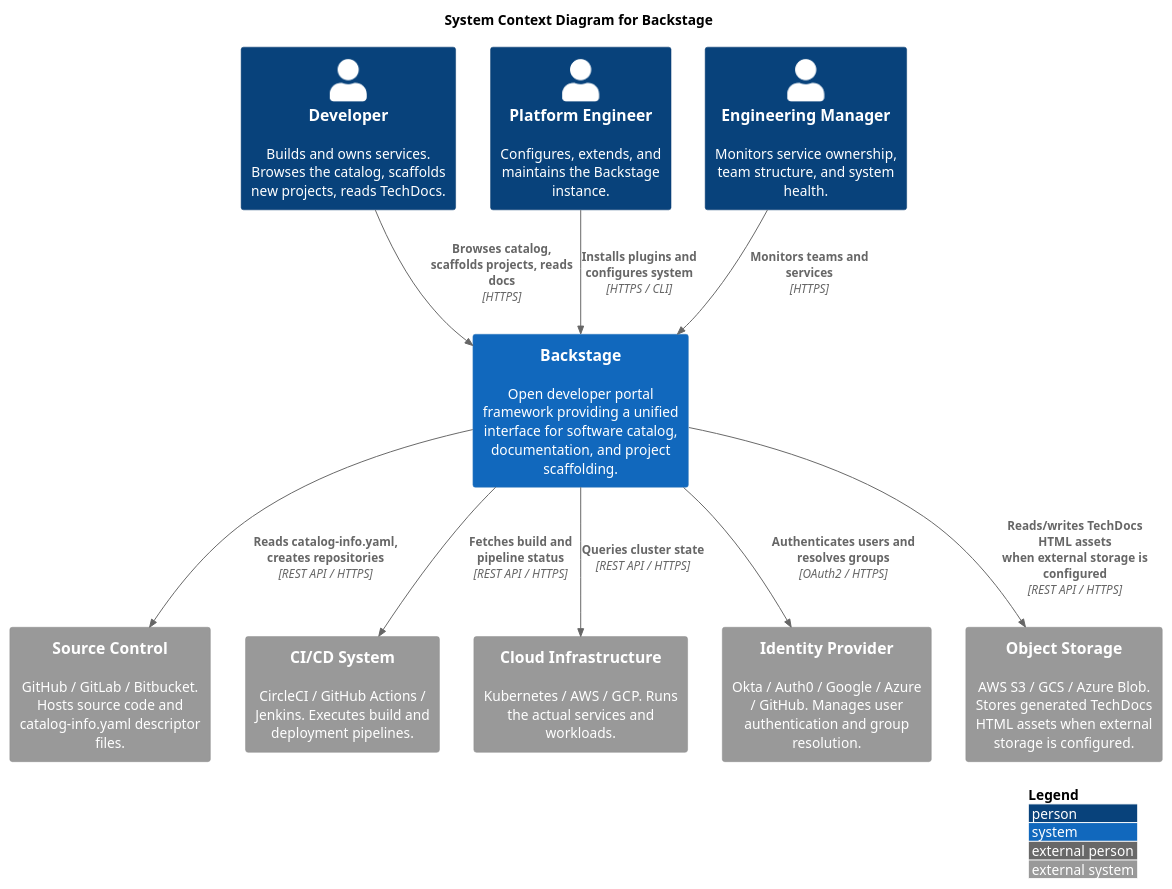
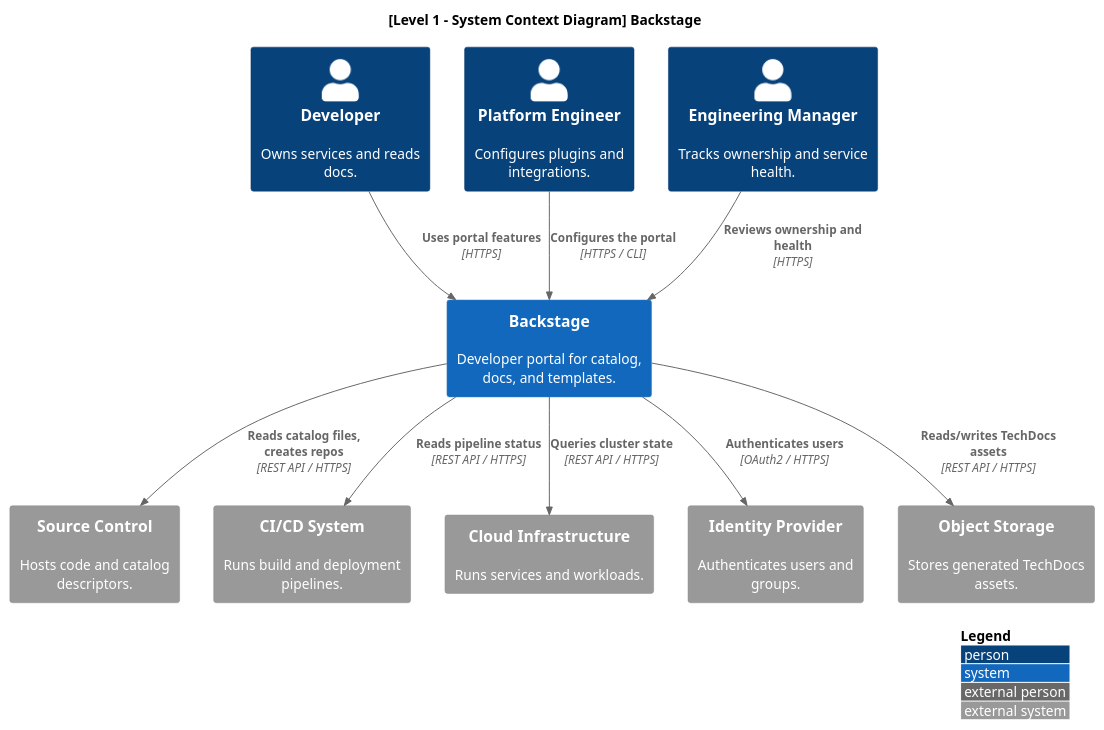
One commit to Group06-SwDA/Project changed the diagram in notes/architecture/diagrams/context-diagram.puml. Above: the diagram before and after it, drawn with PlantUML. The commit also changed 12 other files, not shown here.

Commit message:
feat: updated diagrams

```diff
--- a/notes/architecture/diagrams/context-diagram.puml
+++ b/notes/architecture/diagrams/context-diagram.puml
@@ -1,27 +1,27 @@
 @startuml
 !include <c4/C4_Context.puml>
 LAYOUT_WITH_LEGEND()
-title System Context Diagram for Backstage
+title [Level 1 - System Context Diagram] Backstage
 
-Person(developer, "Developer", "Builds and owns services. Browses the catalog, scaffolds new projects, reads TechDocs.")
-Person(platform_eng, "Platform Engineer", "Configures, extends, and maintains the Backstage instance.")
-Person(eng_manager, "Engineering Manager", "Monitors service ownership, team structure, and system health.")
+Person(developer, "Developer", "Owns services and reads docs.")
+Person(platform_eng, "Platform Engineer", "Configures plugins and integrations.")
+Person(eng_manager, "Engineering Manager", "Tracks ownership and service health.")
 
-System(backstage, "Backstage", "Open developer portal framework providing a unified interface for software catalog, documentation, and project scaffolding.")
+System(backstage, "Backstage", "Developer portal for catalog, docs, and templates.")
 
-System_Ext(source_control, "Source Control", "GitHub / GitLab / Bitbucket. Hosts source code and catalog-info.yaml descriptor files.")
-System_Ext(cicd, "CI/CD System", "CircleCI / GitHub Actions / Jenkins. Executes build and deployment pipelines.")
-System_Ext(cloud_infra, "Cloud Infrastructure", "Kubernetes / AWS / GCP. Runs the actual services and workloads.")
-System_Ext(idp, "Identity Provider", "Okta / Auth0 / Google / Azure / GitHub. Manages user authentication and group resolution.")
-System_Ext(object_storage, "Object Storage", "AWS S3 / GCS / Azure Blob. Stores generated TechDocs HTML assets when external storage is configured.")
+System_Ext(source_control, "Source Control", "Hosts code and catalog descriptors.")
+System_Ext(cicd, "CI/CD System", "Runs build and deployment pipelines.")
+System_Ext(cloud_infra, "Cloud Infrastructure", "Runs services and workloads.")
+System_Ext(idp, "Identity Provider", "Authenticates users and groups.")
+System_Ext(object_storage, "Object Storage", "Stores generated TechDocs assets.")
 
-Rel(developer, backstage, "Browses catalog, scaffolds projects, reads docs", "HTTPS")
-Rel(platform_eng, backstage, "Installs plugins and configures system", "HTTPS / CLI")
-Rel(eng_manager, backstage, "Monitors teams and services", "HTTPS")
+Rel(developer, backstage, "Uses portal features", "HTTPS")
+Rel(platform_eng, backstage, "Configures the portal", "HTTPS / CLI")
+Rel(eng_manager, backstage, "Reviews ownership and health", "HTTPS")
 
-Rel(backstage, source_control, "Reads catalog-info.yaml, creates repositories", "REST API / HTTPS")
-Rel(backstage, cicd, "Fetches build and pipeline status", "REST API / HTTPS")
+Rel(backstage, source_control, "Reads catalog files, creates repos", "REST API / HTTPS")
+Rel(backstage, cicd, "Reads pipeline status", "REST API / HTTPS")
 Rel(backstage, cloud_infra, "Queries cluster state", "REST API / HTTPS")
-Rel(backstage, idp, "Authenticates users and resolves groups", "OAuth2 / HTTPS")
-Rel(backstage, object_storage, "Reads/writes TechDocs HTML assets\nwhen external storage is configured", "REST API / HTTPS")
+Rel(backstage, idp, "Authenticates users", "OAuth2 / HTTPS")
+Rel(backstage, object_storage, "Reads/writes TechDocs assets", "REST API / HTTPS")
 @enduml
```
